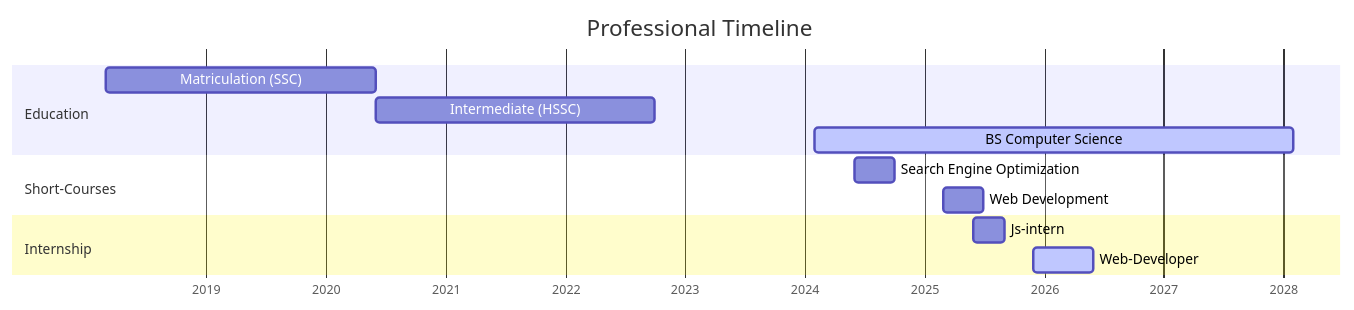
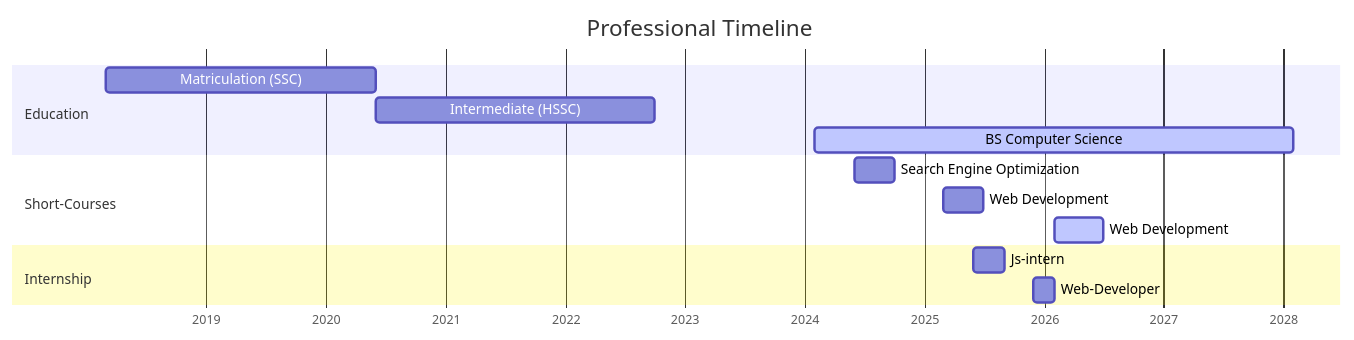
Before and after one commit to ahmadubaid061/ahmadubaid061: the diagram in README.md, drawn with Mermaid.

````diff
--- a/README.md
+++ b/README.md
@@ -58,23 +58,24 @@
 ```mermaid
 gantt
     title Professional Timeline
     dateFormat  YYYY-MM
     axisFormat %Y
     
     section Education
     Matriculation (SSC) :a1, 2018-03, 2020-06
     Intermediate (HSSC) :a2, after a1, 2022-10
     BS Computer Science :active, a3, 2024-02, 2028-02
     
 
     section Short-Courses
     Search Engine Optimization:a4, 2024-06,2024-10
     Web Development :a5, 2025-03,2025-07
+Web Development :active,a6, 2026-02,2026-07
     
 
     section Internship
-    Js-intern  :a6,2025-06,2025-09
-    Web-Developer :active, a7, 2025-12, 2026-06
+    Js-intern  :a7,2025-06,2025-09
+    Web-Developer :a8, 2025-12, 2026-02
 
     
 ```
````
